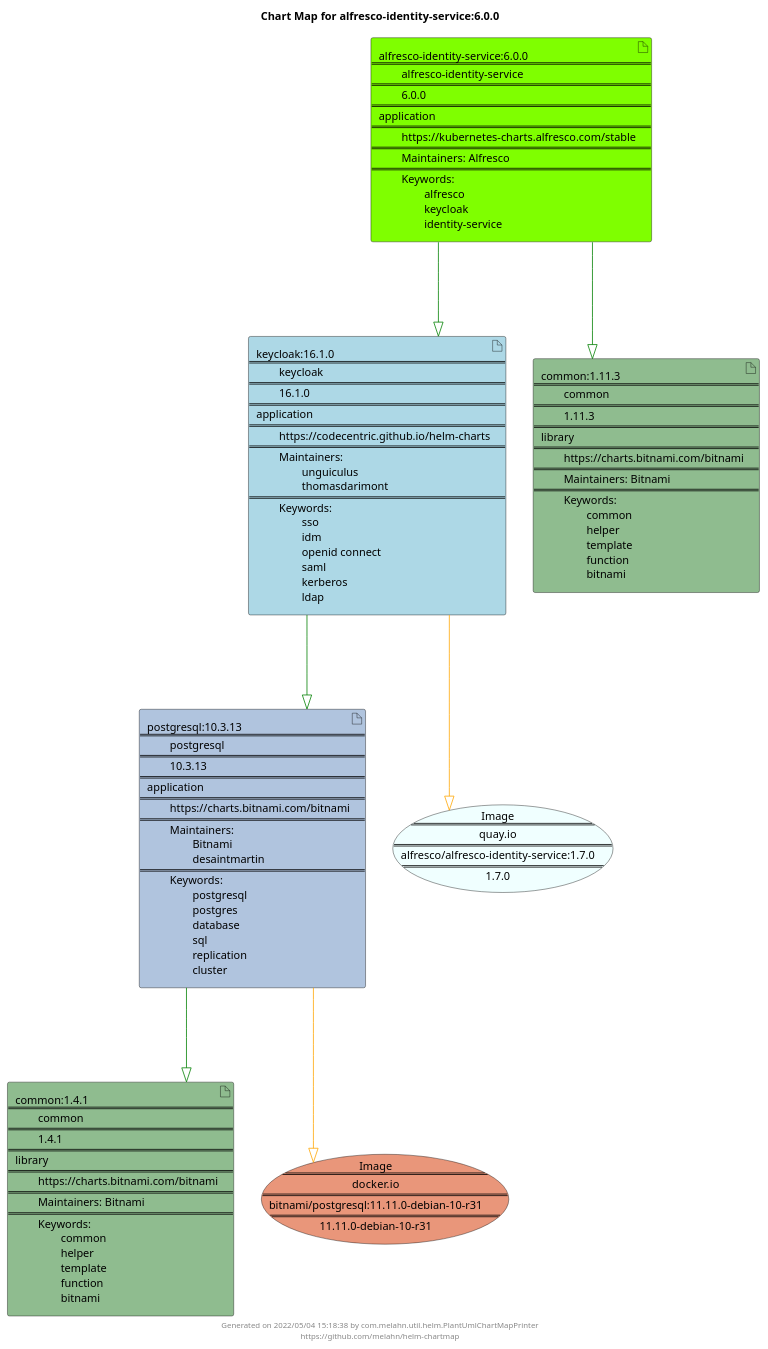
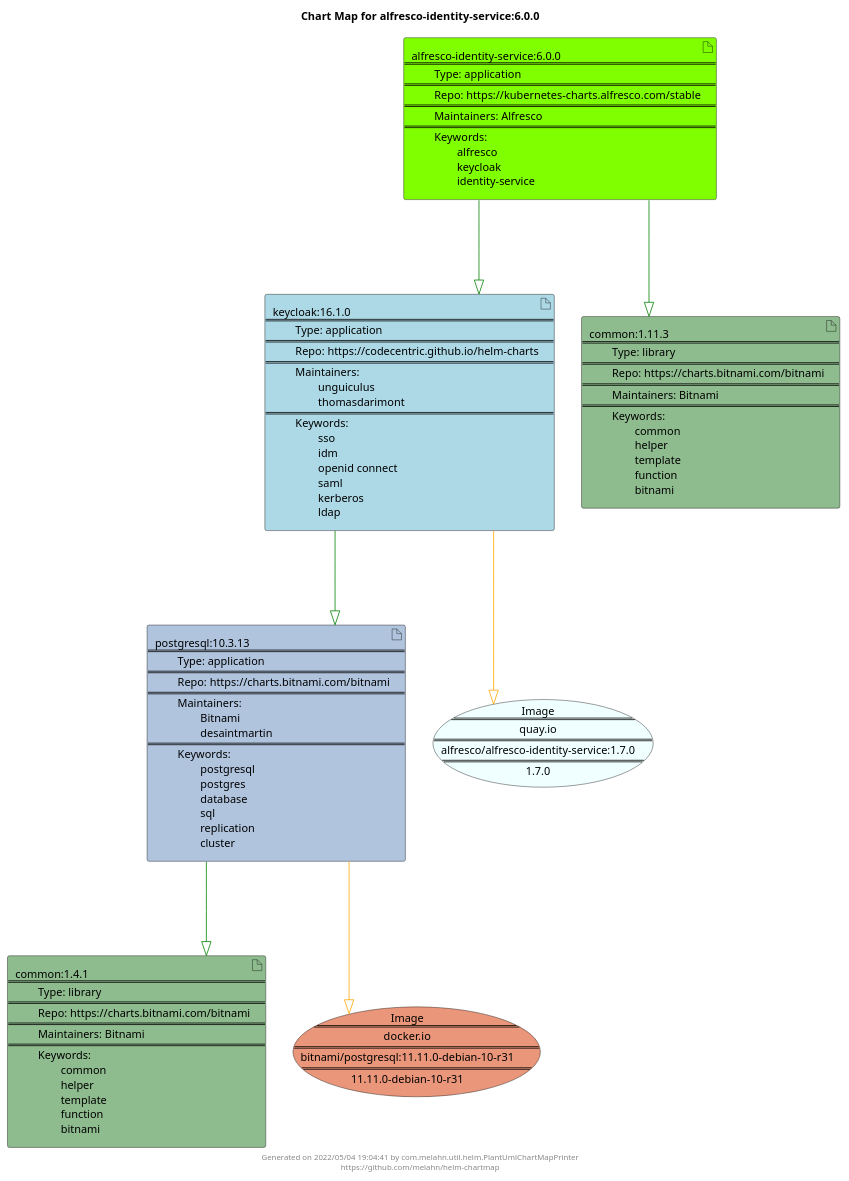
The diagram in docs/alfresco-identity-service/alfresco-identity-service-6.0.0.puml (melahn/helm-chartmap), drawn with PlantUML before and after one commit. The commit also changed 54 other files, not shown here.

Commit message:
Update Example Chart Maps as part of GitHub build

```diff
--- a/docs/alfresco-identity-service/alfresco-identity-service-6.0.0.puml
+++ b/docs/alfresco-identity-service/alfresco-identity-service-6.0.0.puml
@@ -1,31 +1,31 @@
 @startuml
 skinparam linetype ortho
 skinparam backgroundColor white
 skinparam usecaseBorderColor black
 skinparam usecaseArrowColor LightSlateGray
 skinparam artifactBorderColor black
 skinparam artifactArrowColor LightSlateGray
 
 title Chart Map for alfresco-identity-service:6.0.0
 
 'There are 5 referenced Helm Charts
-artifact "common:1.4.1\n====\n\tcommon\n====\n\t1.4.1\n====\nlibrary\n====\n\thttps://charts.bitnami.com/bitnami\n====\n\tMaintainers: Bitnami\n====\n\tKeywords: \n\t\tcommon\n\t\thelper\n\t\ttemplate\n\t\tfunction\n\t\tbitnami" as common_1_4_1 #DarkSeaGreen
-artifact "keycloak:16.1.0\n====\n\tkeycloak\n====\n\t16.1.0\n====\napplication\n====\n\thttps://codecentric.github.io/helm-charts\n====\n\tMaintainers: \n\t\tunguiculus\n\t\tthomasdarimont\n====\n\tKeywords: \n\t\tsso\n\t\tidm\n\t\topenid connect\n\t\tsaml\n\t\tkerberos\n\t\tldap" as keycloak_16_1_0 #LightBlue
-artifact "postgresql:10.3.13\n====\n\tpostgresql\n====\n\t10.3.13\n====\napplication\n====\n\thttps://charts.bitnami.com/bitnami\n====\n\tMaintainers: \n\t\tBitnami\n\t\tdesaintmartin\n====\n\tKeywords: \n\t\tpostgresql\n\t\tpostgres\n\t\tdatabase\n\t\tsql\n\t\treplication\n\t\tcluster" as postgresql_10_3_13 #LightSteelBlue
-artifact "alfresco-identity-service:6.0.0\n====\n\talfresco-identity-service\n====\n\t6.0.0\n====\napplication\n====\n\thttps://kubernetes-charts.alfresco.com/stable\n====\n\tMaintainers: Alfresco\n====\n\tKeywords: \n\t\talfresco\n\t\tkeycloak\n\t\tidentity-service" as alfresco_identity_service_6_0_0 #Chartreuse
-artifact "common:1.11.3\n====\n\tcommon\n====\n\t1.11.3\n====\nlibrary\n====\n\thttps://charts.bitnami.com/bitnami\n====\n\tMaintainers: Bitnami\n====\n\tKeywords: \n\t\tcommon\n\t\thelper\n\t\ttemplate\n\t\tfunction\n\t\tbitnami" as common_1_11_3 #DarkSeaGreen
+artifact "common:1.4.1\n====\n\tType: library\n====\n\tRepo: https://charts.bitnami.com/bitnami\n====\n\tMaintainers: Bitnami\n====\n\tKeywords: \n\t\tcommon\n\t\thelper\n\t\ttemplate\n\t\tfunction\n\t\tbitnami" as common_1_4_1 #DarkSeaGreen
+artifact "keycloak:16.1.0\n====\n\tType: application\n====\n\tRepo: https://codecentric.github.io/helm-charts\n====\n\tMaintainers: \n\t\tunguiculus\n\t\tthomasdarimont\n====\n\tKeywords: \n\t\tsso\n\t\tidm\n\t\topenid connect\n\t\tsaml\n\t\tkerberos\n\t\tldap" as keycloak_16_1_0 #LightBlue
+artifact "postgresql:10.3.13\n====\n\tType: application\n====\n\tRepo: https://charts.bitnami.com/bitnami\n====\n\tMaintainers: \n\t\tBitnami\n\t\tdesaintmartin\n====\n\tKeywords: \n\t\tpostgresql\n\t\tpostgres\n\t\tdatabase\n\t\tsql\n\t\treplication\n\t\tcluster" as postgresql_10_3_13 #LightSteelBlue
+artifact "alfresco-identity-service:6.0.0\n====\n\tType: application\n====\n\tRepo: https://kubernetes-charts.alfresco.com/stable\n====\n\tMaintainers: Alfresco\n====\n\tKeywords: \n\t\talfresco\n\t\tkeycloak\n\t\tidentity-service" as alfresco_identity_service_6_0_0 #Chartreuse
+artifact "common:1.11.3\n====\n\tType: library\n====\n\tRepo: https://charts.bitnami.com/bitnami\n====\n\tMaintainers: Bitnami\n====\n\tKeywords: \n\t\tcommon\n\t\thelper\n\t\ttemplate\n\t\tfunction\n\t\tbitnami" as common_1_11_3 #DarkSeaGreen
 
 'There are 2 referenced Docker Images
 usecase "Image\n====\nquay.io\n====\nalfresco/alfresco-identity-service:1.7.0\n====\n1.7.0" as quay_io_alfresco_alfresco_identity_service_1_7_0 #Azure
 usecase "Image\n====\ndocker.io\n====\nbitnami/postgresql:11.11.0-debian-10-r31\n====\n11.11.0-debian-10-r31" as docker_io_bitnami_postgresql_11_11_0_debian_10_r31 #DarkSalmon
 
 'Chart Dependencies
-alfresco_identity_service_6_0_0--[#green]-|>common_1_11_3
 alfresco_identity_service_6_0_0--[#green]-|>keycloak_16_1_0
 keycloak_16_1_0--[#green]-|>postgresql_10_3_13
 postgresql_10_3_13--[#green]-|>common_1_4_1
+alfresco_identity_service_6_0_0--[#green]-|>common_1_11_3
 keycloak_16_1_0--[#orange]-|>quay_io_alfresco_alfresco_identity_service_1_7_0
 postgresql_10_3_13--[#orange]-|>docker_io_bitnami_postgresql_11_11_0_debian_10_r31
 
-center footer Generated on 2022/05/04 15:18:38 by com.melahn.util.helm.PlantUmlChartMapPrinter\nhttps://github.com/melahn/helm-chartmap
+center footer Generated on 2022/05/04 19:04:41 by com.melahn.util.helm.PlantUmlChartMapPrinter\nhttps://github.com/melahn/helm-chartmap
 @enduml
```
